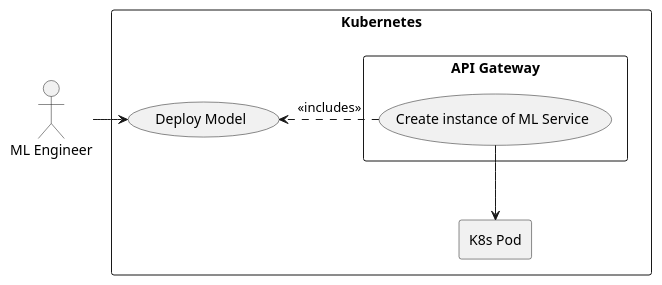
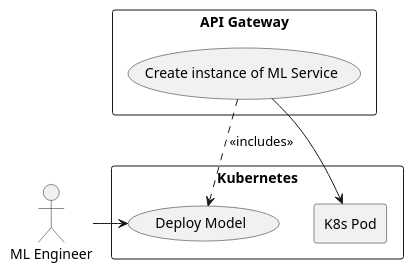
One commit to fanglores/Advanced-Software-Design changed the diagram in General/UseCases/puml/7_uc_deployment.puml. Above: the diagram before and after it, drawn with PlantUML. The commit also changed 10 other files, not shown here.

```diff
--- a/General/UseCases/puml/7_uc_deployment.puml
+++ b/General/UseCases/puml/7_uc_deployment.puml
@@ -1,19 +1,19 @@
 @startuml
 
 actor "ML Engineer" as mlengineer
 
+rectangle "API Gateway" as System {
+  usecase "Create instance of ML Service" as uc2
+}
+
 rectangle "Kubernetes" as K8s {
   usecase "Deploy Model" as uc1
-  rectangle "API Gateway" as System {
-    usecase "Create instance of ML Service" as uc2
-  }
-  
   rectangle "K8s Pod" as K8Pod {
   }
 }
 
 mlengineer -R-> uc1
 uc1 <.L. uc2 : <<includes>>
 K8Pod <-U- uc2
 
 @enduml
```
